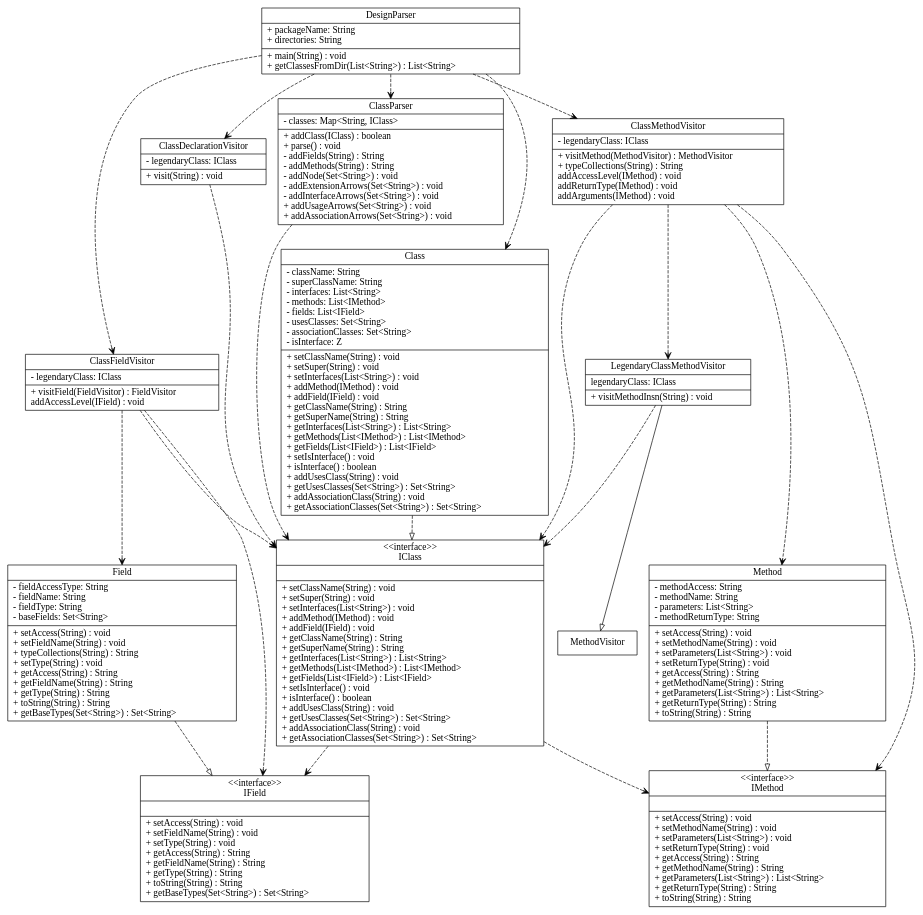
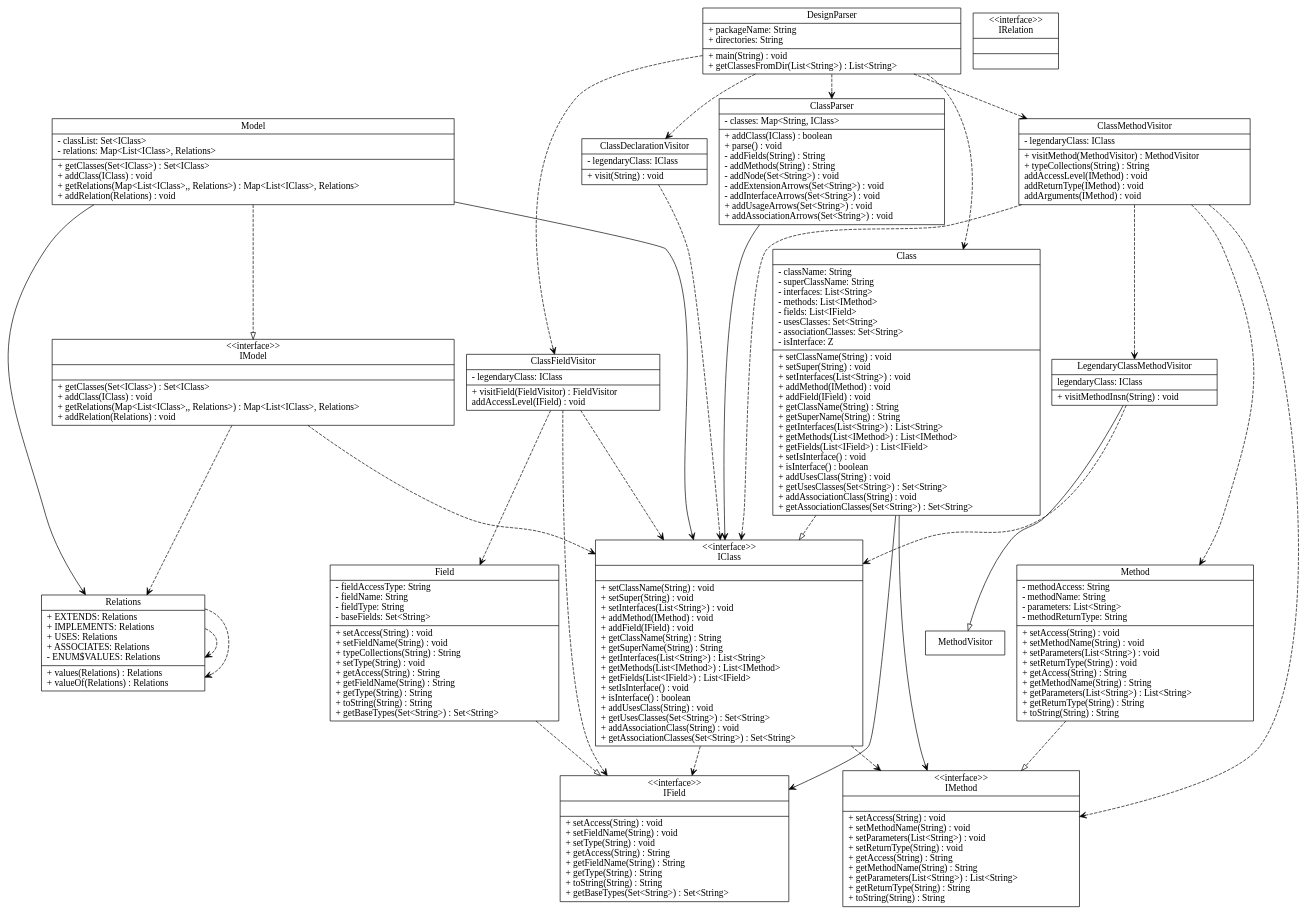
One commit to pastorsj/LegendaryPatterns changed the diagram in input_output/text.dot. Above: the diagram before and after it, drawn with Graphviz. The commit also changed 9 other files, not shown here.

```diff
--- a/input_output/text.dot
+++ b/input_output/text.dot
@@ -1,29 +1,12 @@
 digraph G{
 	node [shape = "record"]
-	Field [
-	label = "{Field|
-	- fieldAccessType: String\l
-	- fieldName: String\l
-	- fieldType: String\l
-	- baseFields: Set\<String\>\l
+	IModel [
+	label = "{\<\<interface\>\>\nIModel|
 	|
-	+ setAccess(String) : void\l
-	+ setFieldName(String) : void\l
-	+ typeCollections(String) : String\l
-	+ setType(String) : void\l
-	+ getAccess(String) : String\l
-	+ getFieldName(String) : String\l
-	+ getType(String) : String\l
-	+ toString(String) : String\l
-	+ getBaseTypes(Set\<String\>) : Set\<String\>\l
-	}"
-	]
-ClassFieldVisitor [
-	label = "{ClassFieldVisitor|
-	- legendaryClass: IClass\l
-	|
-	+ visitField(FieldVisitor) : FieldVisitor\l
-	 addAccessLevel(IField) : void\l
+	+ getClasses(Set\<IClass\>) : Set\<IClass\>\l
+	+ addClass(IClass) : void\l
+	+ getRelations(Map\<List\<IClass\>,, Relations\>) : Map\<List\<IClass\>, Relations\>\l
+	+ addRelation(Relations) : void\l
 	}"
 	]
 ClassMethodVisitor [
@@ -37,40 +20,16 @@
 	 addArguments(IMethod) : void\l
 	}"
 	]
-LegendaryClassMethodVisitor [
-	label = "{LegendaryClassMethodVisitor|
-	 legendaryClass: IClass\l
+Relations [
+	label = "{Relations|
+	+ EXTENDS: Relations\l
+	+ IMPLEMENTS: Relations\l
+	+ USES: Relations\l
+	+ ASSOCIATES: Relations\l
+	- ENUM$VALUES: Relations\l
 	|
-	+ visitMethodInsn(String) : void\l
-	}"
-	]
-Class [
-	label = "{Class|
-	- className: String\l
-	- superClassName: String\l
-	- interfaces: List\<String\>\l
-	- methods: List\<IMethod\>\l
-	- fields: List\<IField\>\l
-	- usesClasses: Set\<String\>\l
-	- associationClasses: Set\<String\>\l
-	- isInterface: Z\l
-	|
-	+ setClassName(String) : void\l
-	+ setSuper(String) : void\l
-	+ setInterfaces(List\<String\>) : void\l
-	+ addMethod(IMethod) : void\l
-	+ addField(IField) : void\l
-	+ getClassName(String) : String\l
-	+ getSuperName(String) : String\l
-	+ getInterfaces(List\<String\>) : List\<String\>\l
-	+ getMethods(List\<IMethod\>) : List\<IMethod\>\l
-	+ getFields(List\<IField\>) : List\<IField\>\l
-	+ setIsInterface() : void\l
-	+ isInterface() : boolean\l
-	+ addUsesClass(String) : void\l
-	+ getUsesClasses(Set\<String\>) : Set\<String\>\l
-	+ addAssociationClass(String) : void\l
-	+ getAssociationClasses(Set\<String\>) : Set\<String\>\l
+	+ values(Relations) : Relations\l
+	+ valueOf(Relations) : Relations\l
 	}"
 	]
 Method [
@@ -79,41 +38,6 @@
 	- methodName: String\l
 	- parameters: List\<String\>\l
 	- methodReturnType: String\l
-	|
-	+ setAccess(String) : void\l
-	+ setMethodName(String) : void\l
-	+ setParameters(List\<String\>) : void\l
-	+ setReturnType(String) : void\l
-	+ getAccess(String) : String\l
-	+ getMethodName(String) : String\l
-	+ getParameters(List\<String\>) : List\<String\>\l
-	+ getReturnType(String) : String\l
-	+ toString(String) : String\l
-	}"
-	]
-IClass [
-	label = "{\<\<interface\>\>\nIClass|
-	|
-	+ setClassName(String) : void\l
-	+ setSuper(String) : void\l
-	+ setInterfaces(List\<String\>) : void\l
-	+ addMethod(IMethod) : void\l
-	+ addField(IField) : void\l
-	+ getClassName(String) : String\l
-	+ getSuperName(String) : String\l
-	+ getInterfaces(List\<String\>) : List\<String\>\l
-	+ getMethods(List\<IMethod\>) : List\<IMethod\>\l
-	+ getFields(List\<IField\>) : List\<IField\>\l
-	+ setIsInterface() : void\l
-	+ isInterface() : boolean\l
-	+ addUsesClass(String) : void\l
-	+ getUsesClasses(Set\<String\>) : Set\<String\>\l
-	+ addAssociationClass(String) : void\l
-	+ getAssociationClasses(Set\<String\>) : Set\<String\>\l
-	}"
-	]
-IMethod [
-	label = "{\<\<interface\>\>\nIMethod|
 	|
 	+ setAccess(String) : void\l
 	+ setMethodName(String) : void\l
@@ -155,6 +79,119 @@
 	+ getClassesFromDir(List\<String\>) : List\<String\>\l
 	}"
 	]
+Field [
+	label = "{Field|
+	- fieldAccessType: String\l
+	- fieldName: String\l
+	- fieldType: String\l
+	- baseFields: Set\<String\>\l
+	|
+	+ setAccess(String) : void\l
+	+ setFieldName(String) : void\l
+	+ typeCollections(String) : String\l
+	+ setType(String) : void\l
+	+ getAccess(String) : String\l
+	+ getFieldName(String) : String\l
+	+ getType(String) : String\l
+	+ toString(String) : String\l
+	+ getBaseTypes(Set\<String\>) : Set\<String\>\l
+	}"
+	]
+ClassFieldVisitor [
+	label = "{ClassFieldVisitor|
+	- legendaryClass: IClass\l
+	|
+	+ visitField(FieldVisitor) : FieldVisitor\l
+	 addAccessLevel(IField) : void\l
+	}"
+	]
+IRelation [
+	label = "{\<\<interface\>\>\nIRelation|
+	|
+	}"
+	]
+LegendaryClassMethodVisitor [
+	label = "{LegendaryClassMethodVisitor|
+	 legendaryClass: IClass\l
+	|
+	+ visitMethodInsn(String) : void\l
+	}"
+	]
+Model [
+	label = "{Model|
+	- classList: Set\<IClass\>\l
+	- relations: Map\<List\<IClass\>, Relations\>\l
+	|
+	+ getClasses(Set\<IClass\>) : Set\<IClass\>\l
+	+ addClass(IClass) : void\l
+	+ getRelations(Map\<List\<IClass\>,, Relations\>) : Map\<List\<IClass\>, Relations\>\l
+	+ addRelation(Relations) : void\l
+	}"
+	]
+Class [
+	label = "{Class|
+	- className: String\l
+	- superClassName: String\l
+	- interfaces: List\<String\>\l
+	- methods: List\<IMethod\>\l
+	- fields: List\<IField\>\l
+	- usesClasses: Set\<String\>\l
+	- associationClasses: Set\<String\>\l
+	- isInterface: Z\l
+	|
+	+ setClassName(String) : void\l
+	+ setSuper(String) : void\l
+	+ setInterfaces(List\<String\>) : void\l
+	+ addMethod(IMethod) : void\l
+	+ addField(IField) : void\l
+	+ getClassName(String) : String\l
+	+ getSuperName(String) : String\l
+	+ getInterfaces(List\<String\>) : List\<String\>\l
+	+ getMethods(List\<IMethod\>) : List\<IMethod\>\l
+	+ getFields(List\<IField\>) : List\<IField\>\l
+	+ setIsInterface() : void\l
+	+ isInterface() : boolean\l
+	+ addUsesClass(String) : void\l
+	+ getUsesClasses(Set\<String\>) : Set\<String\>\l
+	+ addAssociationClass(String) : void\l
+	+ getAssociationClasses(Set\<String\>) : Set\<String\>\l
+	}"
+	]
+IClass [
+	label = "{\<\<interface\>\>\nIClass|
+	|
+	+ setClassName(String) : void\l
+	+ setSuper(String) : void\l
+	+ setInterfaces(List\<String\>) : void\l
+	+ addMethod(IMethod) : void\l
+	+ addField(IField) : void\l
+	+ getClassName(String) : String\l
+	+ getSuperName(String) : String\l
+	+ getInterfaces(List\<String\>) : List\<String\>\l
+	+ getMethods(List\<IMethod\>) : List\<IMethod\>\l
+	+ getFields(List\<IField\>) : List\<IField\>\l
+	+ setIsInterface() : void\l
+	+ isInterface() : boolean\l
+	+ addUsesClass(String) : void\l
+	+ getUsesClasses(Set\<String\>) : Set\<String\>\l
+	+ addAssociationClass(String) : void\l
+	+ getAssociationClasses(Set\<String\>) : Set\<String\>\l
+	}"
+	]
+IMethod [
+	label = "{\<\<interface\>\>\nIMethod|
+	|
+	+ setAccess(String) : void\l
+	+ setMethodName(String) : void\l
+	+ setParameters(List\<String\>) : void\l
+	+ setReturnType(String) : void\l
+	+ getAccess(String) : String\l
+	+ getMethodName(String) : String\l
+	+ getParameters(List\<String\>) : List\<String\>\l
+	+ getReturnType(String) : String\l
+	+ toString(String) : String\l
+	}"
+	]
 ClassParser [
 	label = "{ClassParser|
 	- classes: Map\<String, IClass\>\l
@@ -173,26 +210,35 @@
 	edge [arrowhead = "empty"]
 LegendaryClassMethodVisitor->MethodVisitor
 		edge [style = "dashed"]
+	Method->IMethod
 	Field->IField
+	Model->IModel
 	Class->IClass
-	Method->IMethod
 	edge [style = "dashed"] [arrowhead = "open"]
-	ClassFieldVisitor->Field
-	ClassFieldVisitor->IClass
-	ClassFieldVisitor->IField
+	IModel->Relations
+	IModel->IClass
 	ClassMethodVisitor->IClass
 	ClassMethodVisitor->IMethod
 	ClassMethodVisitor->LegendaryClassMethodVisitor
 	ClassMethodVisitor->Method
-	LegendaryClassMethodVisitor->IClass
-	IClass->IMethod
-	IClass->IField
+	Relations->Relations
+	Relations->Relations
 	ClassDeclarationVisitor->IClass
 	DesignParser->ClassParser
 	DesignParser->Class
 	DesignParser->ClassDeclarationVisitor
 	DesignParser->ClassFieldVisitor
 	DesignParser->ClassMethodVisitor
+	ClassFieldVisitor->Field
+	ClassFieldVisitor->IClass
+	ClassFieldVisitor->IField
+	LegendaryClassMethodVisitor->IClass
+	IClass->IMethod
+	IClass->IField
+	edge [style = "solid"] [arrowhead = "open"]
+	Model->Relations
+	Model->IClass
+	Class->IMethod
+	Class->IField
 	ClassParser->IClass
-	edge [style = "solid"] [arrowhead = "open"]
 	}
```
